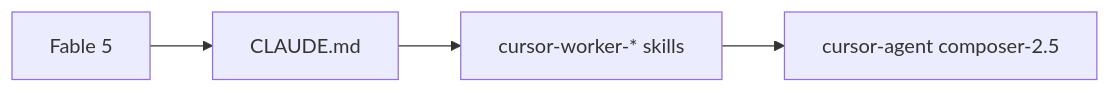
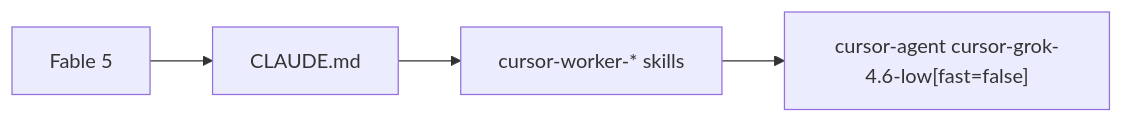
One commit to FixMyBerlin/tilda-geo changed the diagram in .agents/skills/agent-orchestration/references/claude-code.md. Above: the diagram before and after it, drawn with Mermaid. The commit also changed other lines of this file and 32 other files, not shown here.

````diff
--- a/.agents/skills/agent-orchestration/references/claude-code.md
+++ b/.agents/skills/agent-orchestration/references/claude-code.md
@@ -17,8 +17,8 @@
 ```mermaid
 flowchart LR
   Fable["Fable 5"]
   CMd["CLAUDE.md"]
   Skills["cursor-worker-* skills"]
-  CLI["cursor-agent composer-2.5"]
+  CLI["cursor-agent cursor-grok-4.6-low[fast=false]"]
   Fable --> CMd --> Skills --> CLI
 ```
````
